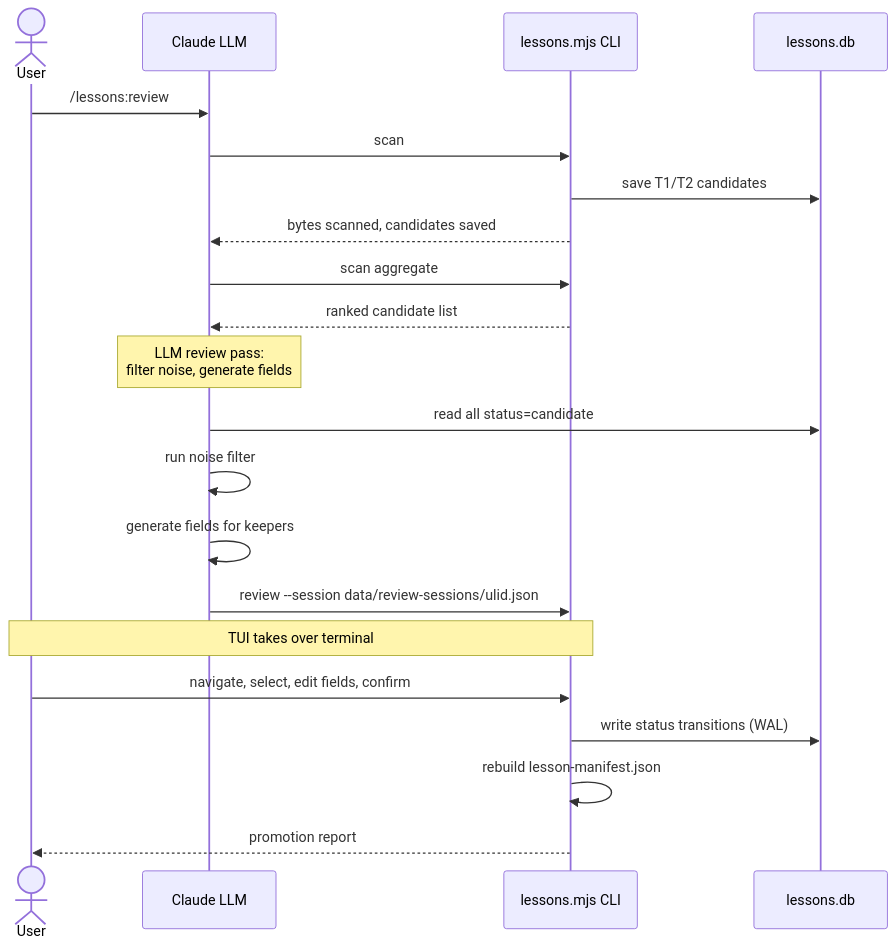
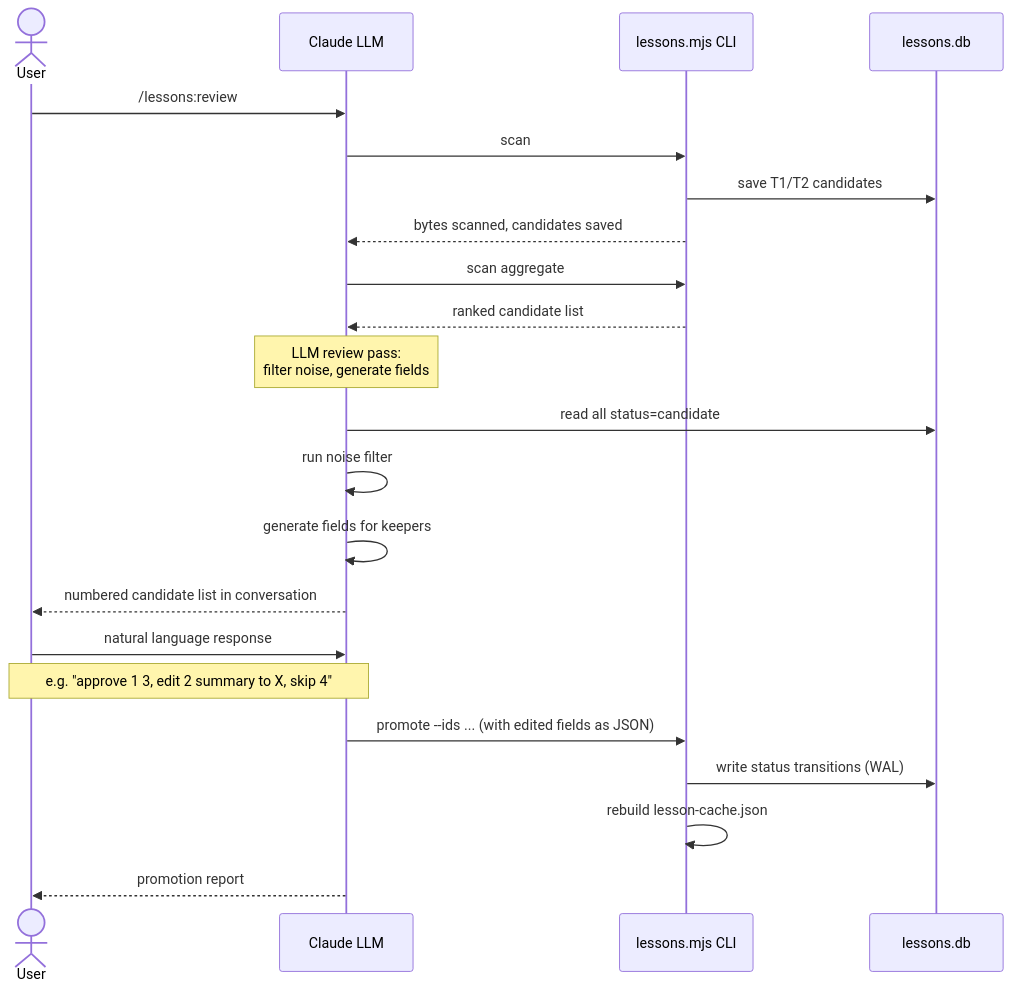
One commit to joeblackwaslike/lessons-learned changed the fourth of 5 diagrams in docs/prds/002-lessons-review-command.md. Above: the diagram before and after it, drawn with Mermaid. The commit also changed other lines of this file, not shown here.

Commit message:
docs: replace TUI with conversational review in PRD-002, drop ink/esbuild

````diff
--- a/docs/prds/002-lessons-review-command.md
+++ b/docs/prds/002-lessons-review-command.md
@@ -306,30 +300,32 @@
 ```mermaid
 sequenceDiagram
     actor User
     participant Claude as Claude LLM
     participant CLI as lessons.mjs CLI
     participant DB as lessons.db
 
     User->>Claude: /lessons:review
 
     Claude->>CLI: scan
     CLI->>DB: save T1/T2 candidates
     CLI-->>Claude: bytes scanned, candidates saved
 
     Claude->>CLI: scan aggregate
     CLI-->>Claude: ranked candidate list
 
     Note over Claude: LLM review pass:<br/>filter noise, generate fields
 
     Claude->>DB: read all status=candidate
     Claude->>Claude: run noise filter
     Claude->>Claude: generate fields for keepers
 
-    Claude->>CLI: review --session data/review-sessions/ulid.json
-    Note over CLI,User: TUI takes over terminal
+    Claude-->>User: numbered candidate list in conversation
 
-    User->>CLI: navigate, select, edit fields, confirm
+    User->>Claude: natural language response
+    Note over User,Claude: e.g. "approve 1 3, edit 2 summary to X, skip 4"
+
+    Claude->>CLI: promote --ids ... (with edited fields as JSON)
     CLI->>DB: write status transitions (WAL)
-    CLI->>CLI: rebuild lesson-manifest.json
-    CLI-->>User: promotion report
+    CLI->>CLI: rebuild lesson-cache.json
+    Claude-->>User: promotion report
 ```
````
